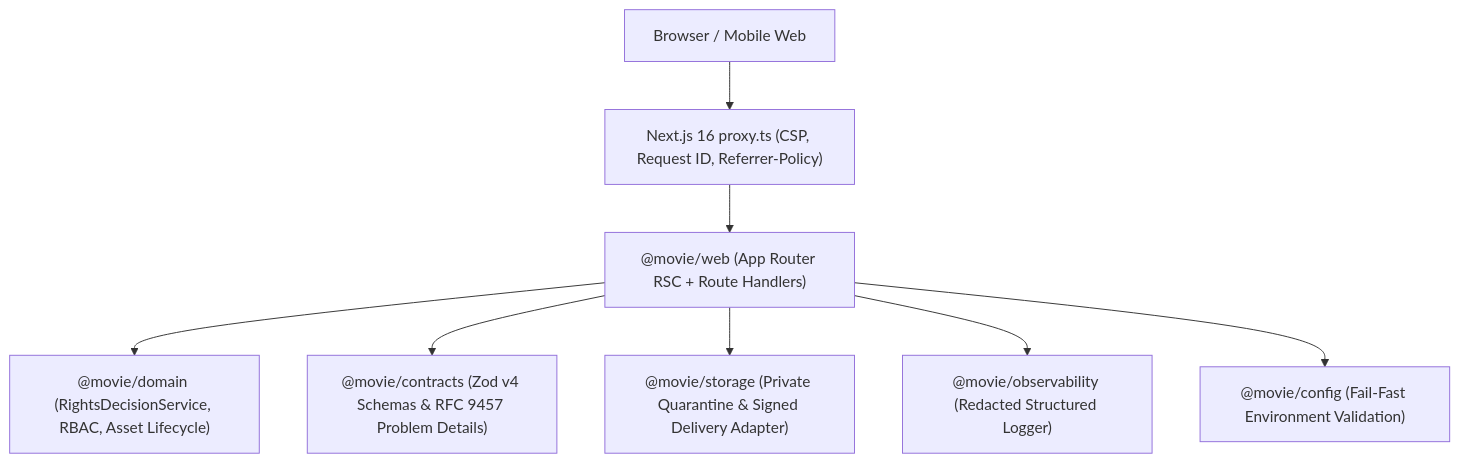
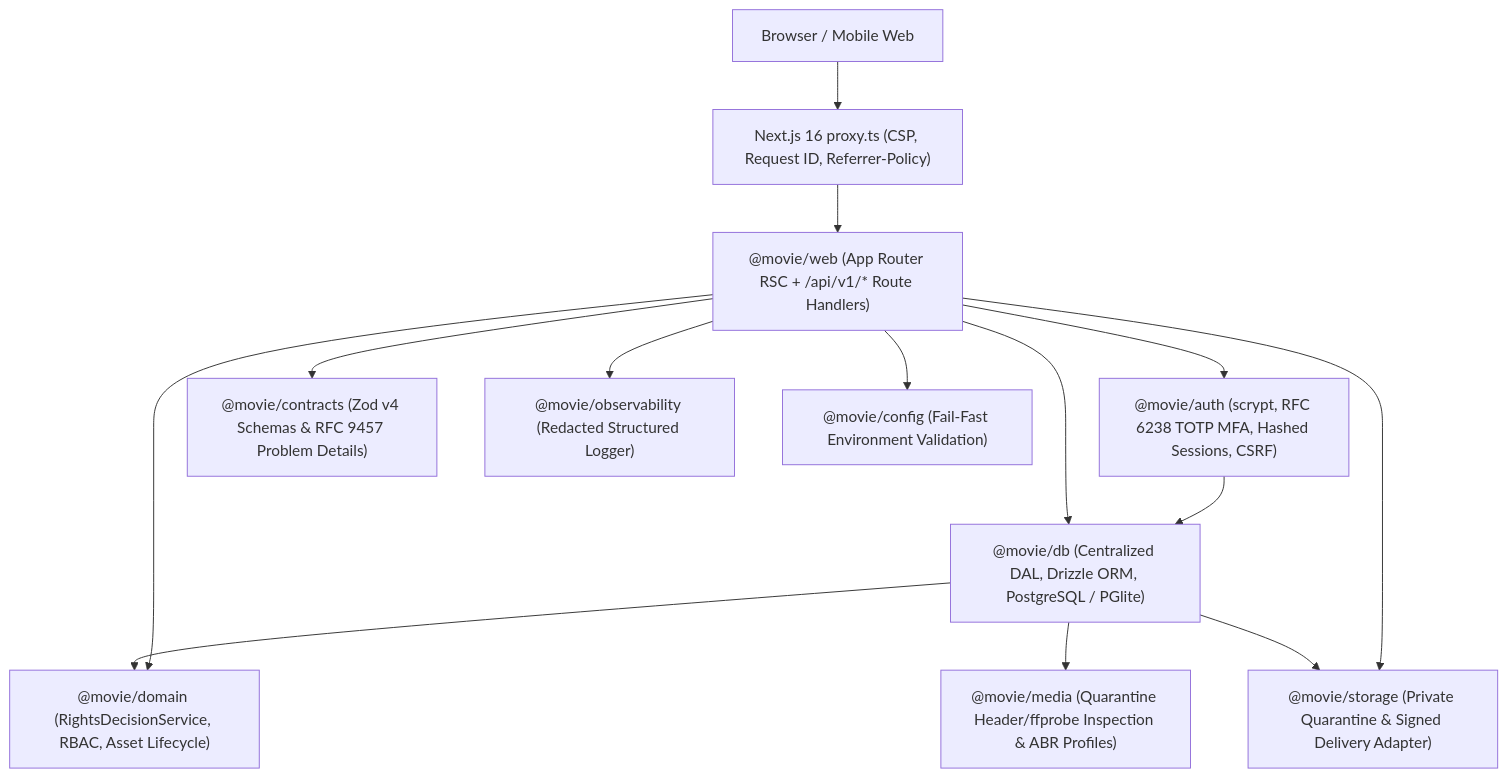
Before and after one commit to mdhossain-2437/movie-site: the diagram in docs/architecture/overview.md, drawn with Mermaid. The commit also changed 125 other files, not shown here.

````diff
--- a/docs/architecture/overview.md
+++ b/docs/architecture/overview.md
@@ -7,10 +7,16 @@
 ```mermaid
 flowchart TD
   Browser["Browser / Mobile Web"] --> Proxy["Next.js 16 proxy.ts (CSP, Request ID, Referrer-Policy)"]
-  Proxy --> Web["@movie/web (App Router RSC + Route Handlers)"]
-  Web --> Domain["@movie/domain (RightsDecisionService, RBAC, Asset Lifecycle)"]
+  Proxy --> Web["@movie/web (App Router RSC + /api/v1/* Route Handlers)"]
+  Web --> Auth["@movie/auth (scrypt, RFC 6238 TOTP MFA, Hashed Sessions, CSRF)"]
+  Web --> DB["@movie/db (Centralized DAL, Drizzle ORM, PostgreSQL / PGlite)"]
+  Auth --> DB
+  DB --> Domain["@movie/domain (RightsDecisionService, RBAC, Asset Lifecycle)"]
+  DB --> Media["@movie/media (Quarantine Header/ffprobe Inspection & ABR Profiles)"]
+  DB --> Storage["@movie/storage (Private Quarantine & Signed Delivery Adapter)"]
+  Web --> Domain
   Web --> Contracts["@movie/contracts (Zod v4 Schemas & RFC 9457 Problem Details)"]
-  Web --> Storage["@movie/storage (Private Quarantine & Signed Delivery Adapter)"]
+  Web --> Storage
   Web --> Obs["@movie/observability (Redacted Structured Logger)"]
   Web --> Config["@movie/config (Fail-Fast Environment Validation)"]
 ```
````
